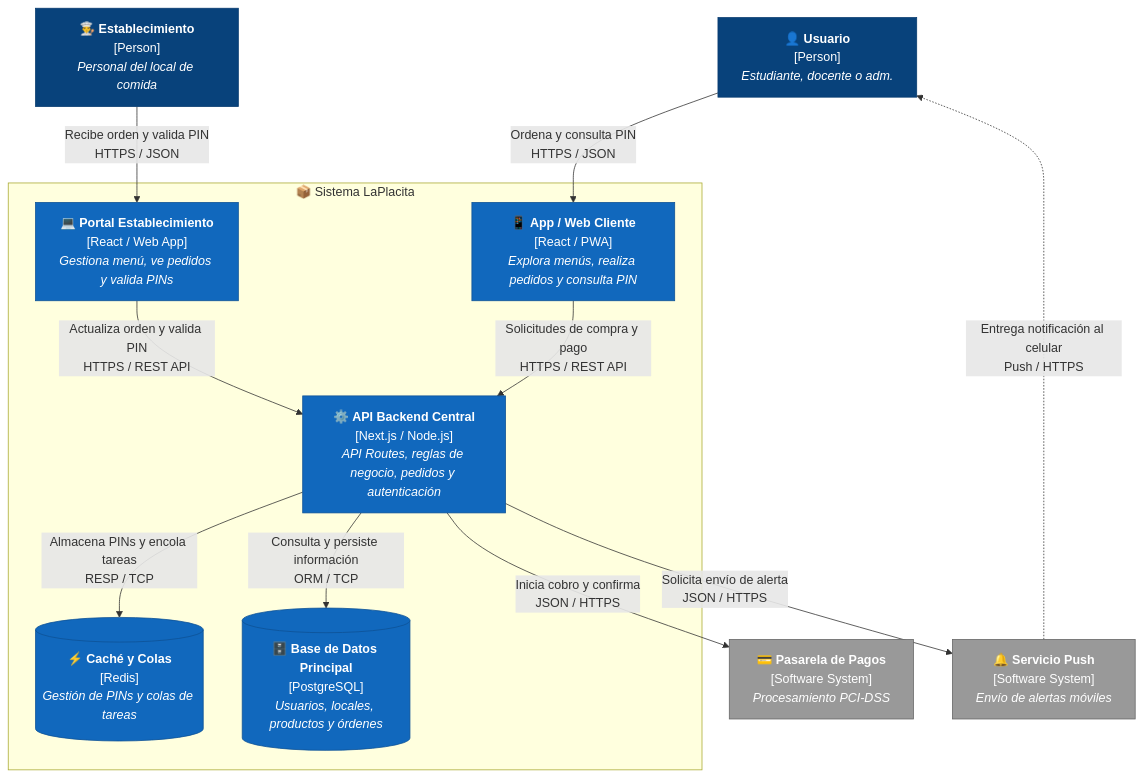
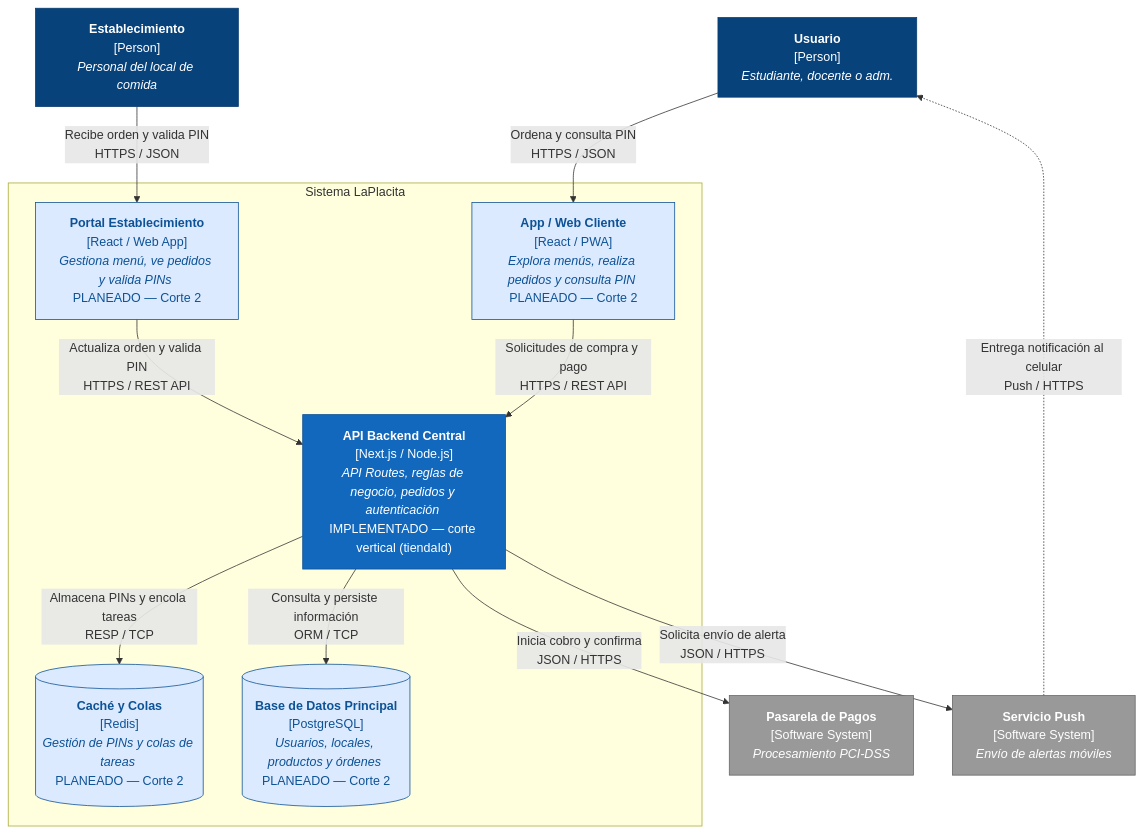
One commit to ISCOUTB/AS_202620_LaPlacita changed the diagram in docs/c4/contenedores.md. Above: the diagram before and after it, drawn with Mermaid. The commit also changed other lines of this file and 24 other files, not shown here.

First line of the commit message:
corte-1: implementa RES-05 aislamiento por establecimiento con ADR-0004 y medición reproducible

````diff
--- a/docs/c4/contenedores.md
+++ b/docs/c4/contenedores.md
@@ -5,35 +5,36 @@
 ```mermaid
 flowchart TD
     classDef person fill:#08427b,stroke:#073b6f,color:#fff;
     classDef container fill:#1168bd,stroke:#0e5296,color:#fff;
+    classDef planned fill:#dbeafe,stroke:#0e5296,color:#0e5296;
     classDef extSystem fill:#999999,stroke:#666666,color:#fff;
 
-    usuario["👤 <b>Usuario</b><br/>[Person]<br/><i>Estudiante, docente o adm.</i>"]:::person
-    establecimiento["👨‍🍳 <b>Establecimiento</b><br/>[Person]<br/><i>Personal del local de comida</i>"]:::person
+    usuario["<b>Usuario</b><br/>[Person]<br/><i>Estudiante, docente o adm.</i>"]:::person
+    establecimiento["<b>Establecimiento</b><br/>[Person]<br/><i>Personal del local de comida</i>"]:::person
 
-    subgraph laPlacita ["📦 Sistema LaPlacita"]
-        app_user["📱 <b>App / Web Cliente</b><br/>[React / PWA]<br/><i>Explora menús, realiza pedidos y consulta PIN</i>"]:::container
-        app_local["💻 <b>Portal Establecimiento</b><br/>[React / Web App]<br/><i>Gestiona menú, ve pedidos y valida PINs</i>"]:::container
-        api["⚙️ <b>API Backend Central</b><br/>[Next.js / Node.js]<br/><i>API Routes, reglas de negocio, pedidos y autenticación</i>"]:::container
-        cache[("⚡ <b>Caché y Colas</b><br/>[Redis]<br/><i>Gestión de PINs y colas de tareas</i>")]:::container
-        db[("🗄️ <b>Base de Datos Principal</b><br/>[PostgreSQL]<br/><i>Usuarios, locales, productos y órdenes</i>")]:::container
+    subgraph laPlacita ["Sistema LaPlacita"]
+        app_user["<b>App / Web Cliente</b><br/>[React / PWA]<br/><i>Explora menús, realiza pedidos y consulta PIN</i> <br/>PLANEADO — Corte 2"]:::planned
+        app_local["<b>Portal Establecimiento</b><br/>[React / Web App]<br/><i>Gestiona menú, ve pedidos y valida PINs</i> <br/>PLANEADO — Corte 2"]:::planned
+        api["<b>API Backend Central</b><br/>[Next.js / Node.js]<br/><i>API Routes, reglas de negocio, pedidos y autenticación</i> <br/>IMPLEMENTADO — corte vertical (tiendaId)"]:::container
+        cache[("<b>Caché y Colas</b><br/>[Redis]<br/><i>Gestión de PINs y colas de tareas</i> <br/>PLANEADO — Corte 2")]:::planned
+        db[("<b>Base de Datos Principal</b><br/>[PostgreSQL]<br/><i>Usuarios, locales, productos y órdenes</i> <br/>PLANEADO — Corte 2")]:::planned
     end
 
-    pago["💳 <b>Pasarela de Pagos</b><br/>[Software System]<br/><i>Procesamiento PCI-DSS</i>"]:::extSystem
-    push["🔔 <b>Servicio Push</b><br/>[Software System]<br/><i>Envío de alertas móviles</i>"]:::extSystem
+    pago["<b>Pasarela de Pagos</b><br/>[Software System]<br/><i>Procesamiento PCI-DSS</i>"]:::extSystem
+    push["<b>Servicio Push</b><br/>[Software System]<br/><i>Envío de alertas móviles</i>"]:::extSystem
 
     usuario -->|Ordena y consulta PIN<br/>HTTPS / JSON| app_user
     establecimiento -->|Recibe orden y valida PIN<br/>HTTPS / JSON| app_local
 
     app_user -->|Solicitudes de compra y pago<br/>HTTPS / REST API| api
     app_local -->|Actualiza orden y valida PIN<br/>HTTPS / REST API| api
 
     api -->|Consulta y persiste información<br/>ORM / TCP| db
     api -->|Almacena PINs y encola tareas<br/>RESP / TCP| cache
 
     api -->|Inicia cobro y confirma<br/>JSON / HTTPS| pago
     api -->|Solicita envío de alerta<br/>JSON / HTTPS| push
 
     push -.->|Entrega notificación al celular<br/>Push / HTTPS| usuario
 
 ```
````
